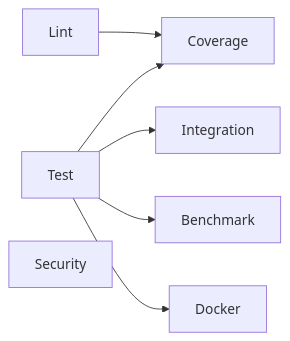
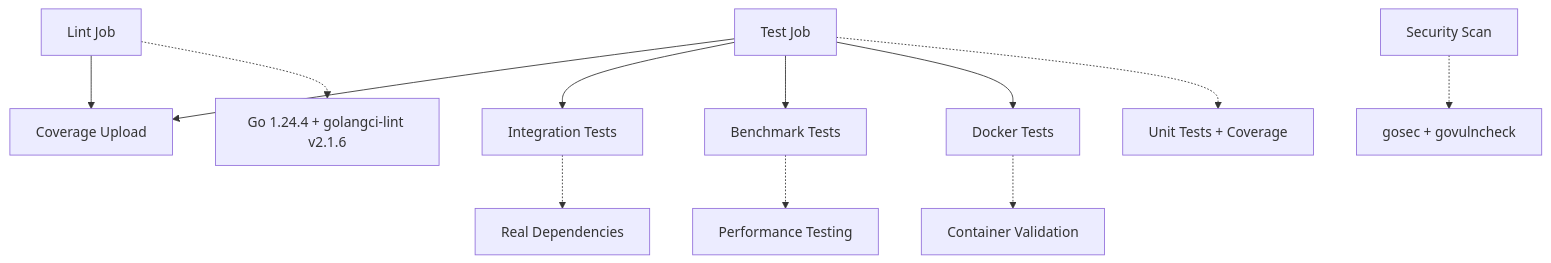
Before and after one commit to activadee/videocraft: the second of 2 diagrams in README.md, drawn with Mermaid. The commit also changed other lines of this file and 2 other files, not shown here.

````diff
--- a/README.md
+++ b/README.md
@@ -216,9 +216,16 @@
 ```mermaid
-graph LR
-    A[Lint] --> D[Coverage]
-    B[Test] --> D
-    B --> C[Integration]
-    B --> E[Benchmark]
-    B --> F[Docker]
-    G[Security] 
+graph TB
+    A[Lint Job] --> D[Coverage Upload]
+    B[Test Job] --> D
+    B --> C[Integration Tests]
+    B --> E[Benchmark Tests]
+    B --> F[Docker Tests]
+    G[Security Scan]
+    
+    A -.-> H[Go 1.24.4 + golangci-lint v2.1.6]
+    B -.-> I[Unit Tests + Coverage]
+    C -.-> J[Real Dependencies]
+    E -.-> K[Performance Testing]
+    F -.-> L[Container Validation]
+    G -.-> M[gosec + govulncheck]
 ```
````
